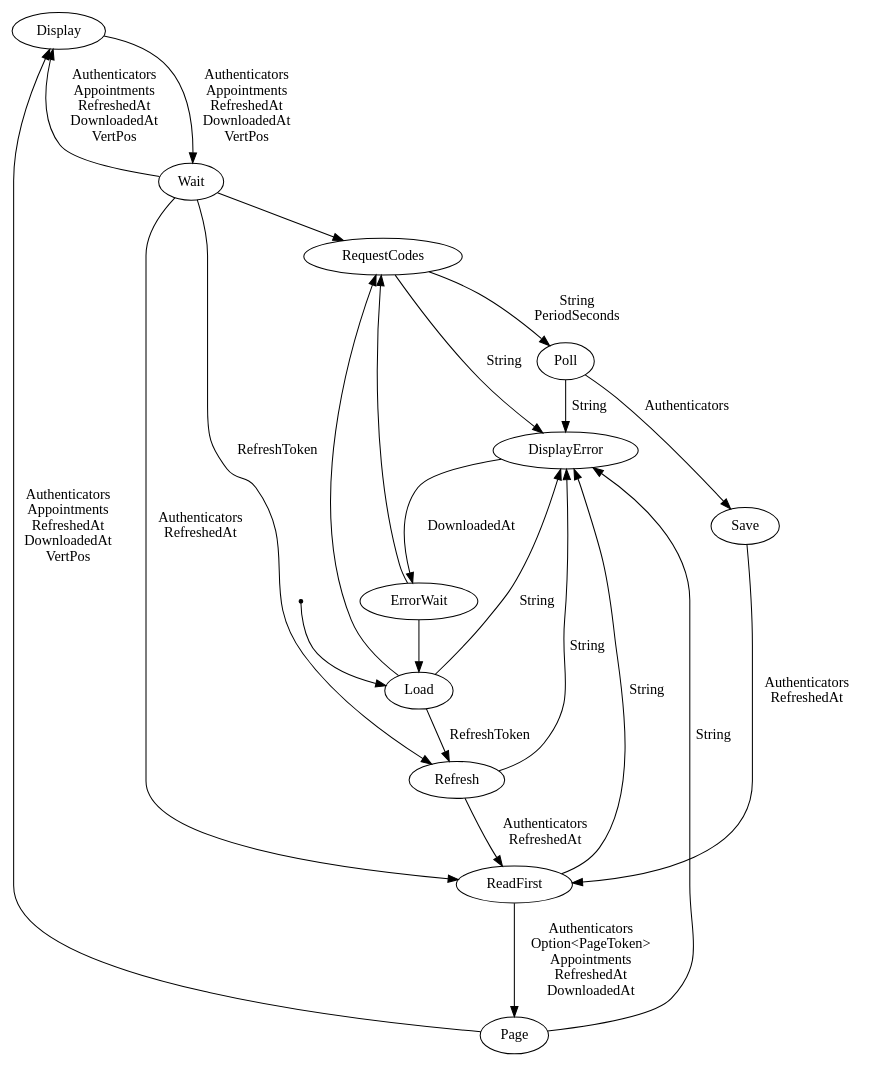
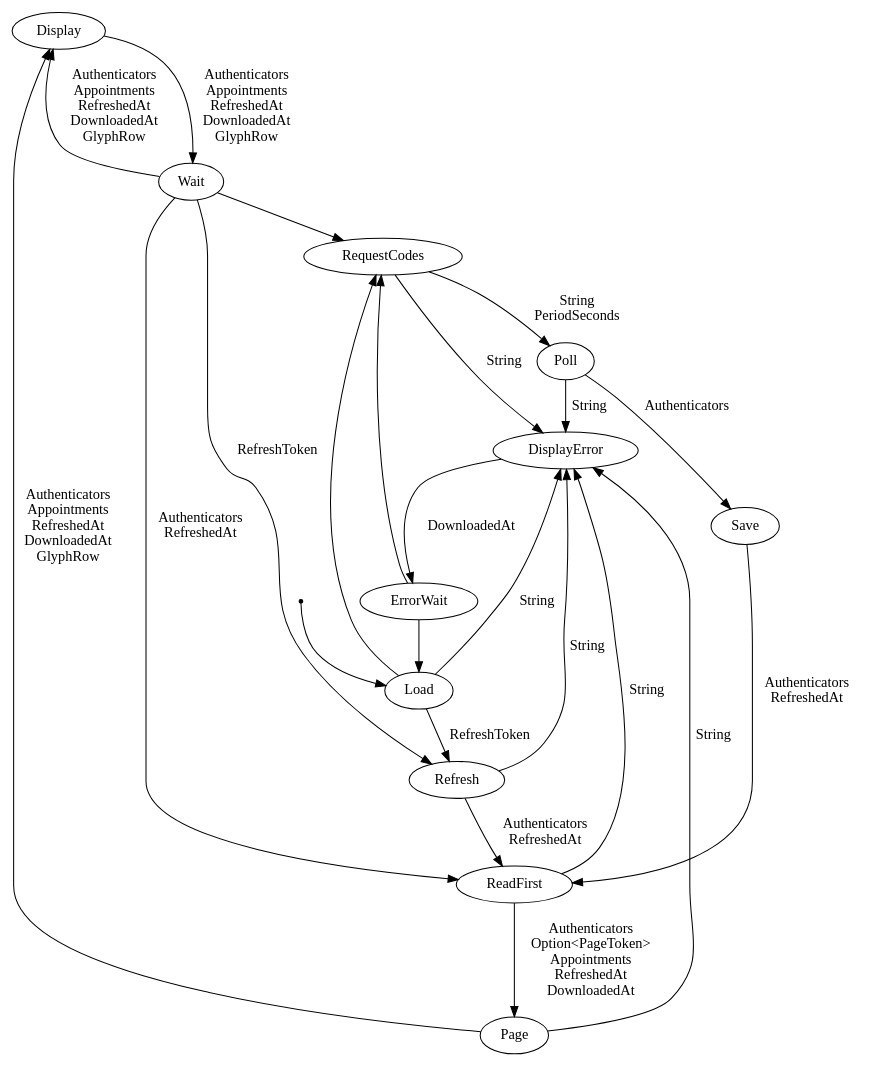
The diagram in docs/cal_machine.dot (kieranjwhite/calendar_mirror), drawn with Graphviz before and after one commit. The commit also changed 5 other files, not shown here.

```diff
--- a/docs/cal_machine.dot
+++ b/docs/cal_machine.dot
@@ -1,37 +1,37 @@
 digraph cal_stm {
     Display[label="Display"][shape="ellipse"];
     DisplayError[label="DisplayError"][shape="ellipse"];
     ErrorWait[label="ErrorWait"][shape="ellipse"];
     Load[label="Load"][shape="ellipse"];
     Page[label="Page"][shape="ellipse"];
     Poll[label="Poll"][shape="ellipse"];
     ReadFirst[label="ReadFirst"][shape="ellipse"];
     Refresh[label="Refresh"][shape="ellipse"];
     RequestCodes[label="RequestCodes"][shape="ellipse"];
     Save[label="Save"][shape="ellipse"];
     Wait[label="Wait"][shape="ellipse"];
     _start[label="_start"][shape="point"];
     _start -> Load[label=""];
     ErrorWait -> Load[label=""];
     DisplayError -> ErrorWait[label="DownloadedAt\n"];
     ErrorWait -> RequestCodes[label=""];
     Load -> RequestCodes[label=""];
     Wait -> RequestCodes[label=""];
     Load -> Refresh[label="RefreshToken\n"];
     Wait -> Refresh[label="RefreshToken\n"];
     Refresh -> ReadFirst[label="Authenticators\nRefreshedAt\n"];
     Save -> ReadFirst[label="Authenticators\nRefreshedAt\n"];
     Wait -> ReadFirst[label="Authenticators\nRefreshedAt\n"];
     RequestCodes -> Poll[label="String\nPeriodSeconds\n"];
     Load -> DisplayError[label="String\n"];
     Page -> DisplayError[label="String\n"];
     Poll -> DisplayError[label="String\n"];
     ReadFirst -> DisplayError[label="String\n"];
     Refresh -> DisplayError[label="String\n"];
     RequestCodes -> DisplayError[label="String\n"];
     Poll -> Save[label="Authenticators\n"];
     ReadFirst -> Page[label="Authenticators\nOption<PageToken>\nAppointments\nRefreshedAt\nDownloadedAt\n"];
-    Page -> Display[label="Authenticators\nAppointments\nRefreshedAt\nDownloadedAt\nVertPos\n"];
-    Wait -> Display[label="Authenticators\nAppointments\nRefreshedAt\nDownloadedAt\nVertPos\n"];
-    Display -> Wait[label="Authenticators\nAppointments\nRefreshedAt\nDownloadedAt\nVertPos\n"];
+    Page -> Display[label="Authenticators\nAppointments\nRefreshedAt\nDownloadedAt\nGlyphRow\n"];
+    Wait -> Display[label="Authenticators\nAppointments\nRefreshedAt\nDownloadedAt\nGlyphRow\n"];
+    Display -> Wait[label="Authenticators\nAppointments\nRefreshedAt\nDownloadedAt\nGlyphRow\n"];
 }
```
